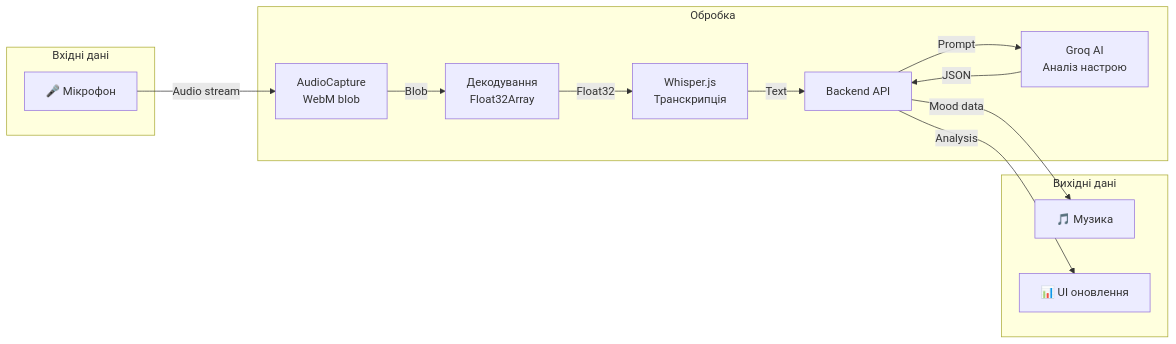
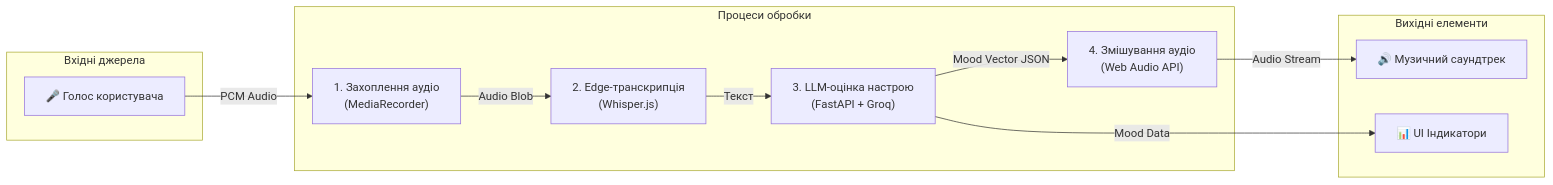
Before and after one commit to Djungarik/MastersDiploma: the fifth of 15 diagrams in Кваліфікаційна_робота_магістра.md, drawn with Mermaid. The commit also changed other lines of this file and 125 other files, not shown here.

First line of the commit message:
Thesis review fixes: sequential audio transitions, tests, experiments, diagrams

````diff
--- a/Кваліфікаційна_робота_магістра.md
+++ b/Кваліфікаційна_робота_магістра.md
@@ -682,28 +608,25 @@
 ```mermaid
 flowchart LR
-    subgraph Input["Вхідні дані"]
-        Mic["🎤 Мікрофон"]
+    subgraph Inputs["Вхідні джерела"]
+        Mic["🎤 Голос користувача"]
     end
 
-    subgraph Processing["Обробка"]
-        Audio["AudioCapture<br/>WebM blob"]
-        Decode["Декодування<br/>Float32Array"]
-        Whisper["Whisper.js<br/>Транскрипція"]
-        API["Backend API"]
-        Groq["Groq AI<br/>Аналіз настрою"]
+    subgraph Processors["Процеси обробки"]
+        P1["1. Захоплення аудіо<br/>(MediaRecorder)"]
+        P2["2. Edge-транскрипція<br/>(Whisper.js)"]
+        P3["3. LLM-оцінка настрою<br/>(FastAPI + Groq)"]
+        P4["4. Змішування аудіо<br/>(Web Audio API)"]
     end
 
-    subgraph Output["Вихідні дані"]
-        Music["🎵 Музика"]
-        UI["📊 UI оновлення"]
+    subgraph Outputs["Вихідні елементи"]
+        Speakers["🔊 Музичний саундтрек"]
+        Display["📊 UI Індикатори"]
     end
 
-    Mic -->|"Audio stream"| Audio
-    Audio -->|"Blob"| Decode
-    Decode -->|"Float32"| Whisper
-    Whisper -->|"Text"| API
-    API -->|"Prompt"| Groq
-    Groq -->|"JSON"| API
-    API -->|"Mood data"| Music
-    API -->|"Analysis"| UI
+    Mic -->|"PCM Audio"| P1
+    P1 -->|"Audio Blob"| P2
+    P2 -->|"Текст"| P3
+    P3 -->|"Mood Vector JSON"| P4
+    P3 -->|"Mood Data"| Display
+    P4 -->|"Audio Stream"| Speakers
 ```
````
